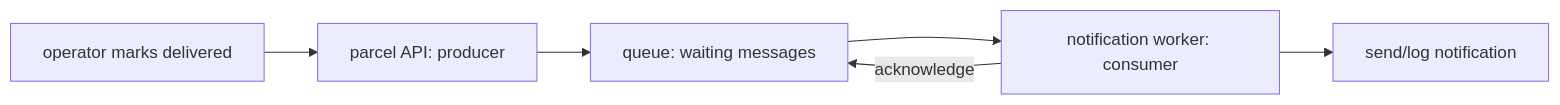
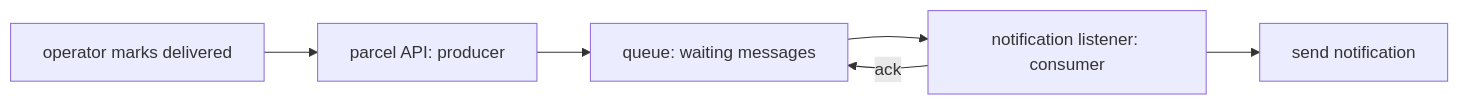
One commit to kevin-voss/learning-project changed the diagram in tracks/spring-boot/topics/12-queues/what-is-a-queue.md. Above: the diagram before and after it, drawn with Mermaid. The commit also changed other lines of this file and 85 other files, not shown here.

````diff
--- a/tracks/spring-boot/topics/12-queues/what-is-a-queue.md
+++ b/tracks/spring-boot/topics/12-queues/what-is-a-queue.md
@@ -15,8 +14,8 @@
 ```mermaid
 flowchart LR
   A[operator marks delivered] --> P[parcel API: producer]
   P --> Q[queue: waiting messages]
-  Q --> W[notification worker: consumer]
-  W --> N[send/log notification]
-  W -->|acknowledge| Q
+  Q --> W[notification listener: consumer]
+  W --> N[send notification]
+  W -->|ack| Q
 ```
````
